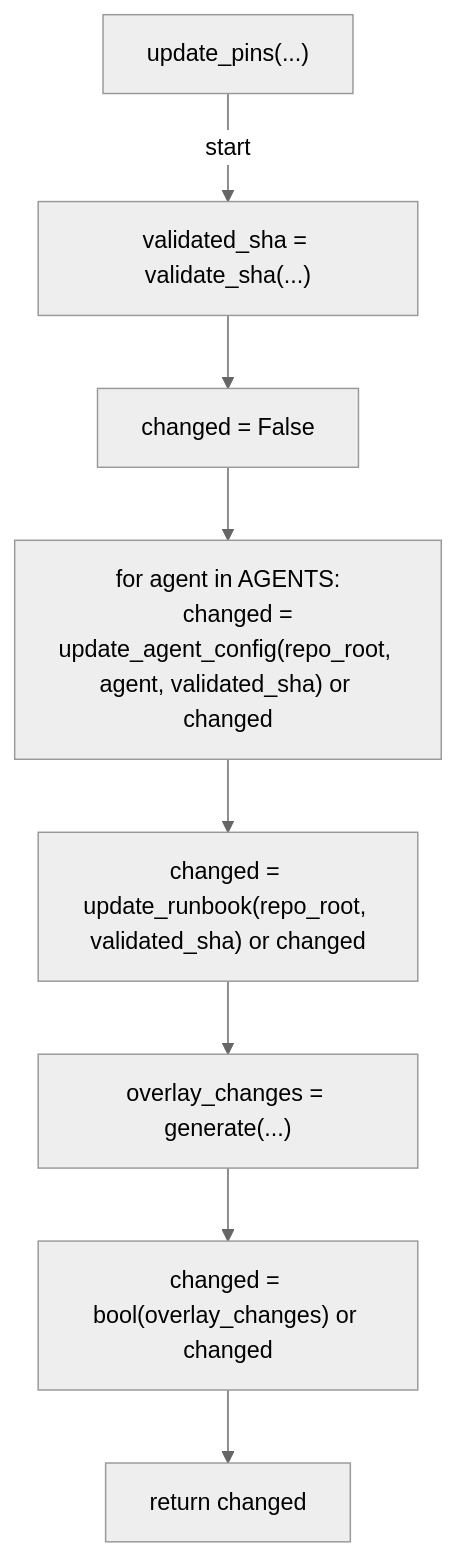
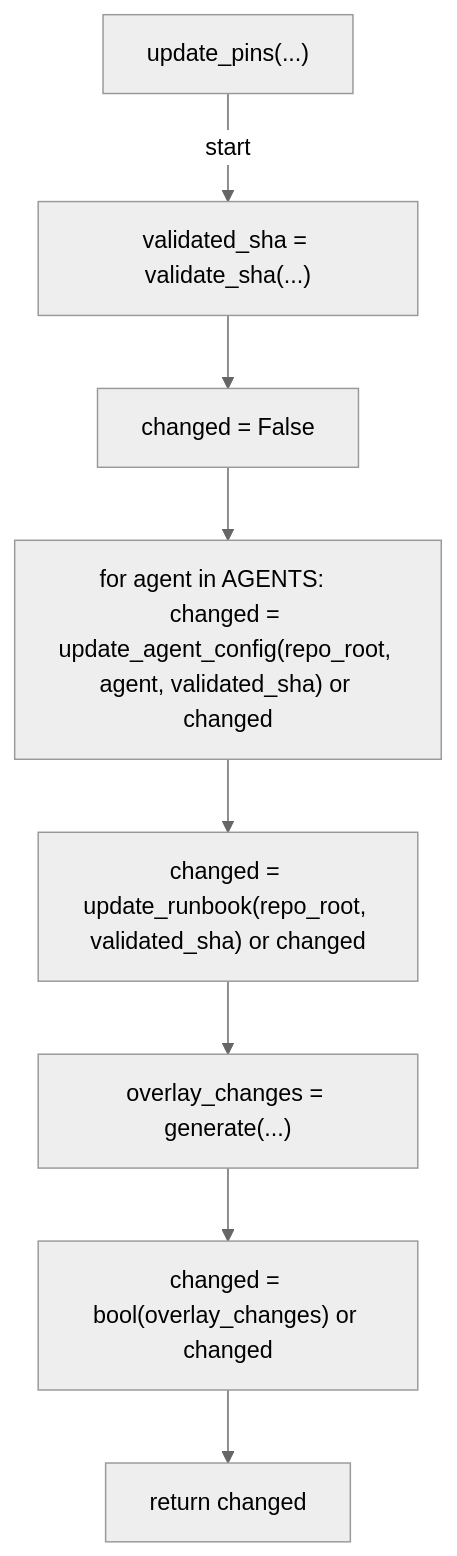
One commit to tvna/claude-md changed the fifth of 7 diagrams in docs/generated/scripts/ast/update_devcontainer_image_pins.md. Above: the diagram before and after it, drawn with Mermaid (neutral theme). The commit also changed other lines of this file and 15 other files, not shown here.

First line of the commit message:
docs(generated): regenerate decision tree and workflow diagrams (batch 5/5)

````diff
--- a/docs/generated/scripts/ast/update_devcontainer_image_pins.md
+++ b/docs/generated/scripts/ast/update_devcontainer_image_pins.md
@@ -95,19 +92,18 @@
 ```mermaid
 flowchart TD
     N001["update_pins(...)"]
     N002["validated_sha = validate_sha(...)"]
     N003["changed = False"]
-    N004["for agent in AGENTS:
-    changed = update_agent_config(repo_root, agent, validated_sha) or changed"]
+    N004["for agent in AGENTS:     changed = update_agent_config(repo_root, agent, validated_sha) or changed"]
     N005["changed = update_runbook(repo_root, validated_sha) or changed"]
     N006["overlay_changes = generate(...)"]
     N007["changed = bool(overlay_changes) or changed"]
     N008["return changed"]
     N001 -->|"start"| N002
     N002 --> N003
     N003 --> N004
     N004 --> N005
     N005 --> N006
     N006 --> N007
     N007 --> N008
 ```
````
